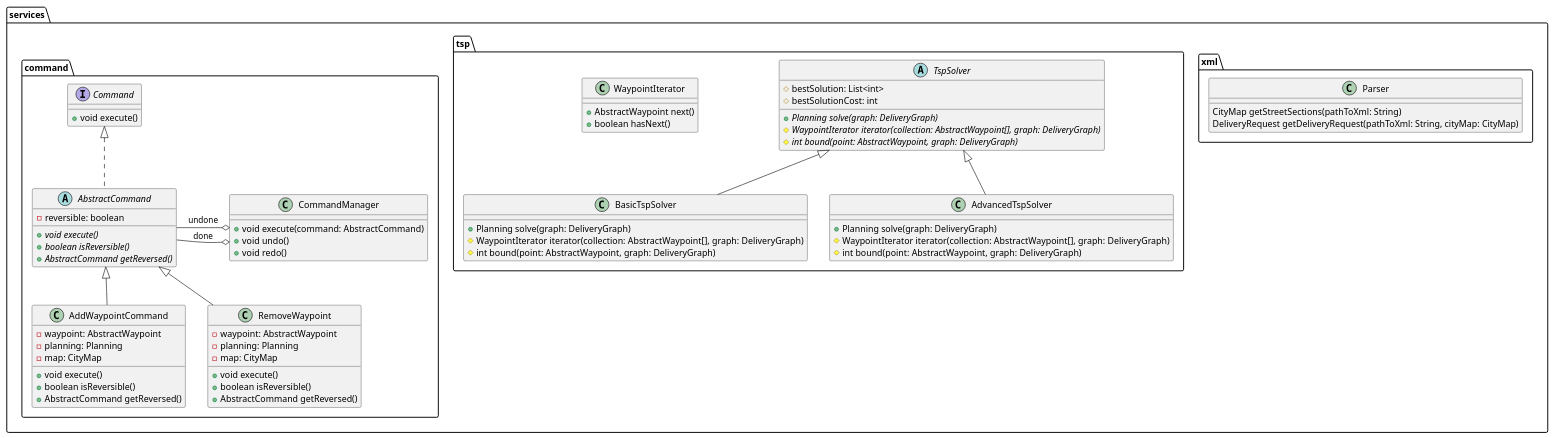
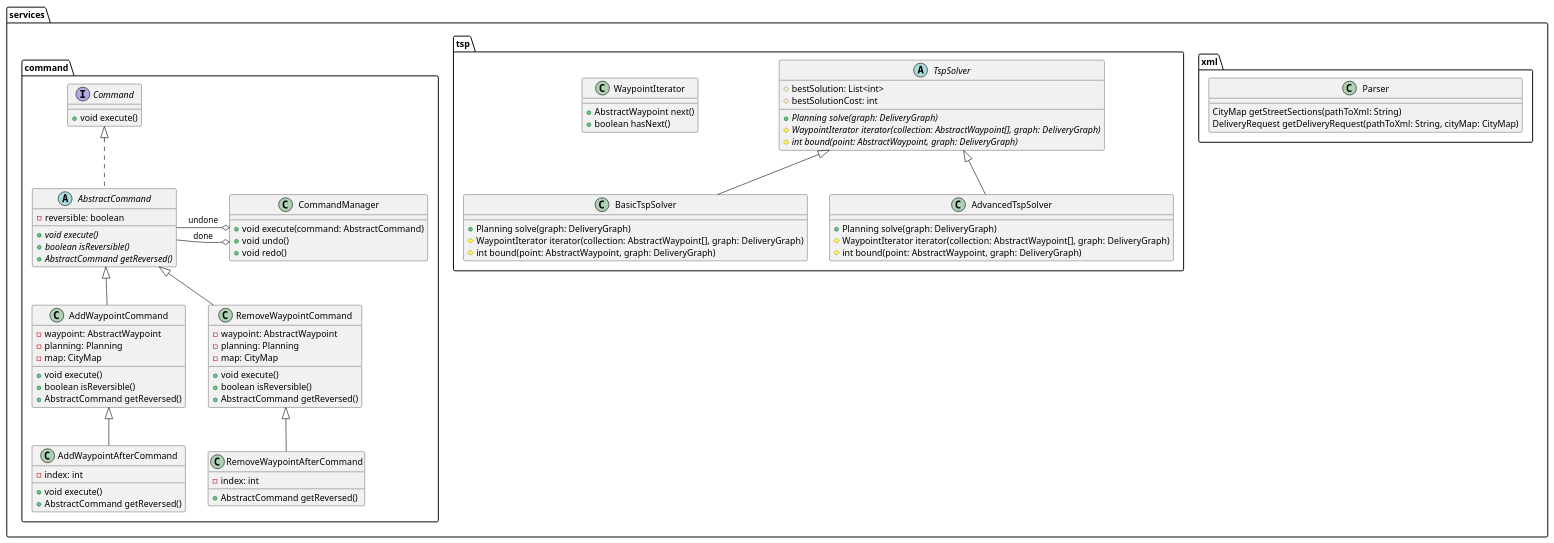
Before and after one commit to if-h4102/pld-agile: the diagram in docs/uml/package.services.puml, drawn with PlantUML.

```diff
--- a/docs/uml/package.services.puml
+++ b/docs/uml/package.services.puml
@@ -1,86 +1,96 @@
 @startuml
 
 package services {
     package xml {
         class Parser {
             CityMap getStreetSections(pathToXml: String)
             DeliveryRequest getDeliveryRequest(pathToXml: String, cityMap: CityMap)
         }
     }
 
     package tsp {
         abstract class TspSolver {
             #bestSolution: List<int>
             #bestSolutionCost: int
             +{abstract} Planning solve(graph: DeliveryGraph)
             #{abstract} WaypointIterator iterator(collection: AbstractWaypoint[], graph: DeliveryGraph)
             #{abstract} int bound(point: AbstractWaypoint, graph: DeliveryGraph)
         }
 
         class BasicTspSolver {
             +Planning solve(graph: DeliveryGraph)
             #WaypointIterator iterator(collection: AbstractWaypoint[], graph: DeliveryGraph)
             #int bound(point: AbstractWaypoint, graph: DeliveryGraph)
         }
 
         class AdvancedTspSolver {
             +Planning solve(graph: DeliveryGraph)
             #WaypointIterator iterator(collection: AbstractWaypoint[], graph: DeliveryGraph)
             #int bound(point: AbstractWaypoint, graph: DeliveryGraph)
         }
 
         class WaypointIterator {
             +AbstractWaypoint next()
             +boolean hasNext()
         }
 
         TspSolver <|-- BasicTspSolver
         TspSolver <|-- AdvancedTspSolver
     }
 
     package command {
         class CommandManager {
             +void execute(command: AbstractCommand)
             +void undo()
             +void redo()
         }
 
         interface Command {
             +void execute()
         }
 
         abstract class AbstractCommand implements Command {
             -reversible: boolean
             +{abstract} void execute()
             +{abstract} boolean isReversible()
             +{abstract} AbstractCommand getReversed()
         }
 
         class AddWaypointCommand extends AbstractCommand {
             -waypoint: AbstractWaypoint
             -planning: Planning
             -map: CityMap
             +void execute()
             +boolean isReversible()
             +AbstractCommand getReversed()
         }
 
-        class RemoveWaypoint extends AbstractCommand {
+        class AddWaypointAfterCommand extends AddWaypointCommand {
+            -index: int
+            +void execute()
+            +AbstractCommand getReversed()
+        }
+
+        class RemoveWaypointAfterCommand extends RemoveWaypointCommand {
+            -index: int
+            +AbstractCommand getReversed()
+        }
+
+        class RemoveWaypointCommand extends AbstractCommand {
             -waypoint: AbstractWaypoint
             -planning: Planning
             -map: CityMap
             +void execute()
             +boolean isReversible()
             +AbstractCommand getReversed()
         }
 
         CommandManager o-left- AbstractCommand: done
         CommandManager o-left- AbstractCommand: undone
 
 
     }
 }
 
 
-
 @enduml
```
